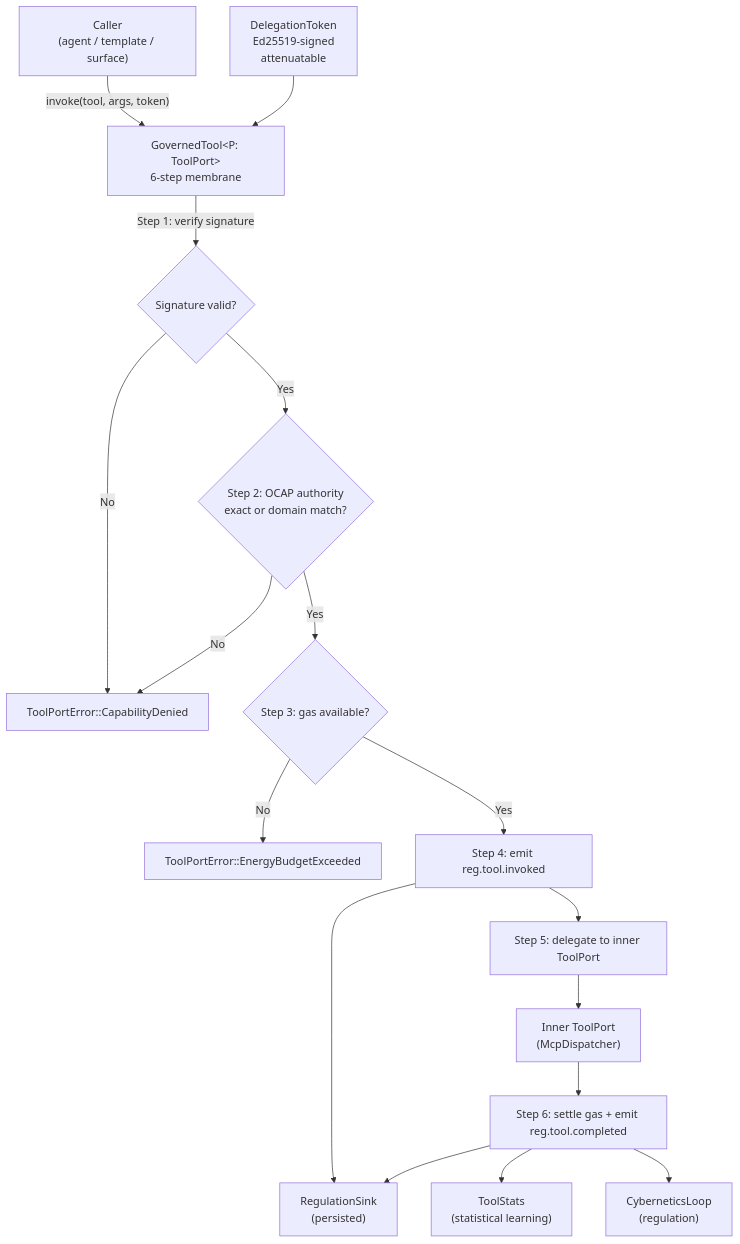
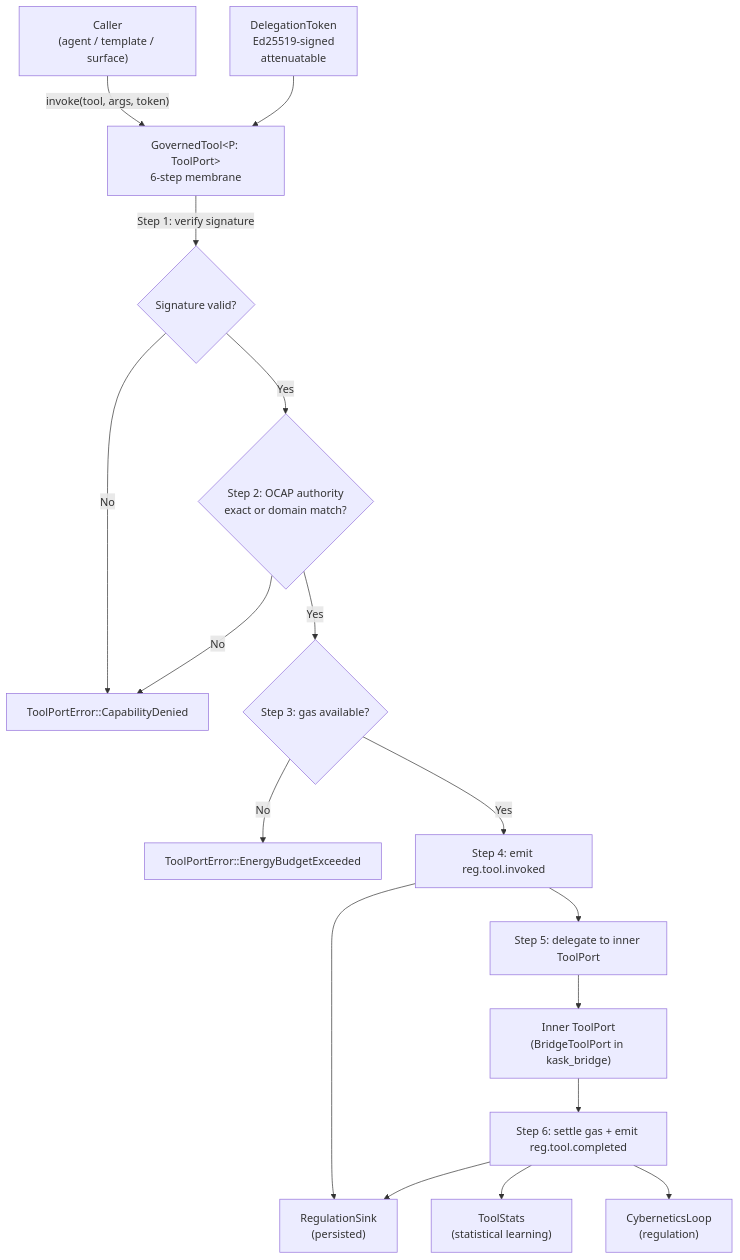
The first of 6 diagrams in kask/docs/explanation/sovereignty-and-ocap.md (mdz-axo/zed-kask), drawn with Mermaid before and after one commit. The commit also changed other lines of this file and 52 other files, not shown here.

````diff
--- a/kask/docs/explanation/sovereignty-and-ocap.md
+++ b/kask/docs/explanation/sovereignty-and-ocap.md
@@ -76,28 +76,28 @@
 ```mermaid
 flowchart TD
     CALLER["Caller\n(agent / template / surface)"]
     TOKEN["DelegationToken\nEd25519-signed\nattenuatable"]
     GT["GovernedTool&lt;P: ToolPort&gt;\n6-step membrane"]
-    INNER["Inner ToolPort\n(McpDispatcher)"]
+    INNER["Inner ToolPort\n(BridgeToolPort in kask_bridge)"]
     SINK["RegulationSink\n(persisted)"]
     STATS["ToolStats\n(statistical learning)"]
     Regulation["CyberneticsLoop\n(regulation)"]
 
     CALLER -->|"invoke(tool, args, token)"| GT
     TOKEN --> GT
 
     GT -->|"Step 1: verify signature"| CHECK1{"Signature valid?"}
     CHECK1 -->|"No"| DENY["ToolPortError::CapabilityDenied"]
     CHECK1 -->|"Yes"| CHECK2{"Step 2: OCAP authority\nexact or domain match?"}
     CHECK2 -->|"No"| DENY
     CHECK2 -->|"Yes"| RESERVE{"Step 3: gas available?"}
     RESERVE -->|"No"| EXHAUST["ToolPortError::EnergyBudgetExceeded"]
     RESERVE -->|"Yes"| EMIT1["Step 4: emit reg.tool.invoked"]
     EMIT1 --> SINK
     EMIT1 --> DELEGATE["Step 5: delegate to inner ToolPort"]
     DELEGATE --> INNER
     INNER --> SETTLE["Step 6: settle gas + emit reg.tool.completed"]
     SETTLE --> SINK
     SETTLE --> STATS
     SETTLE --> Regulation
 ```
````
